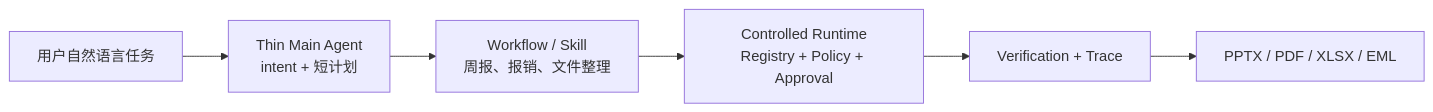
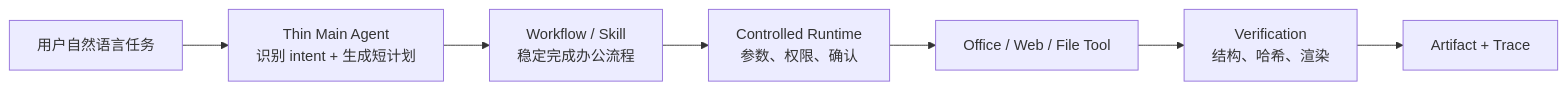
One commit to qizhanggu/localdesk-office-agent changed the first of 2 diagrams in README.md. Above: the diagram before and after it, drawn with Mermaid. The commit also changed other lines of this file and 10 other files, not shown here.

````diff
--- a/README.md
+++ b/README.md
@@ -17,8 +29,9 @@
 ```mermaid
 flowchart LR
-    U["用户自然语言任务"] --> A["Thin Main Agent<br/>intent + 短计划"]
-    A --> W["Workflow / Skill<br/>周报、报销、文件整理"]
-    W --> R["Controlled Runtime<br/>Registry + Policy + Approval"]
-    R --> V["Verification + Trace"]
-    V --> O["PPTX / PDF / XLSX / EML"]
+    U["用户自然语言任务"] --> M["Thin Main Agent<br/>识别 intent + 生成短计划"]
+    M --> W["Workflow / Skill<br/>稳定完成办公流程"]
+    W --> R["Controlled Runtime<br/>参数、权限、确认"]
+    R --> T["Office / Web / File Tool"]
+    T --> V["Verification<br/>结构、哈希、渲染"]
+    V --> A["Artifact + Trace"]
 ```
````
